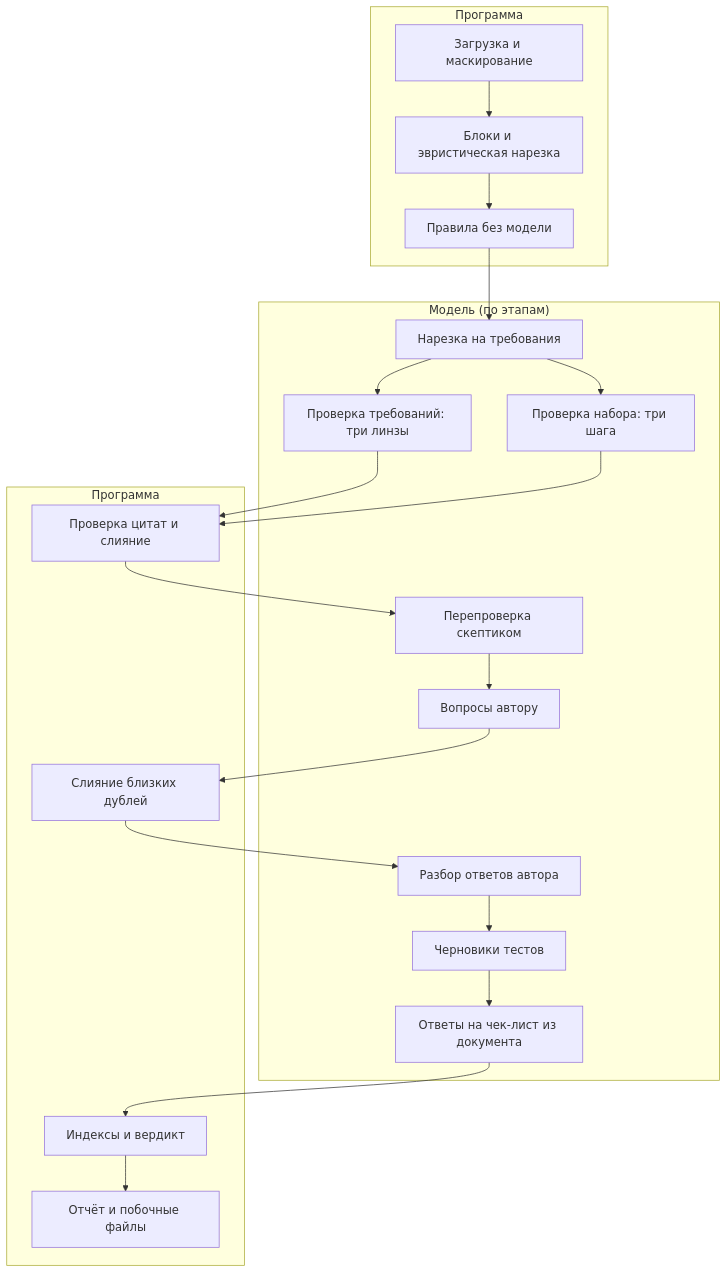
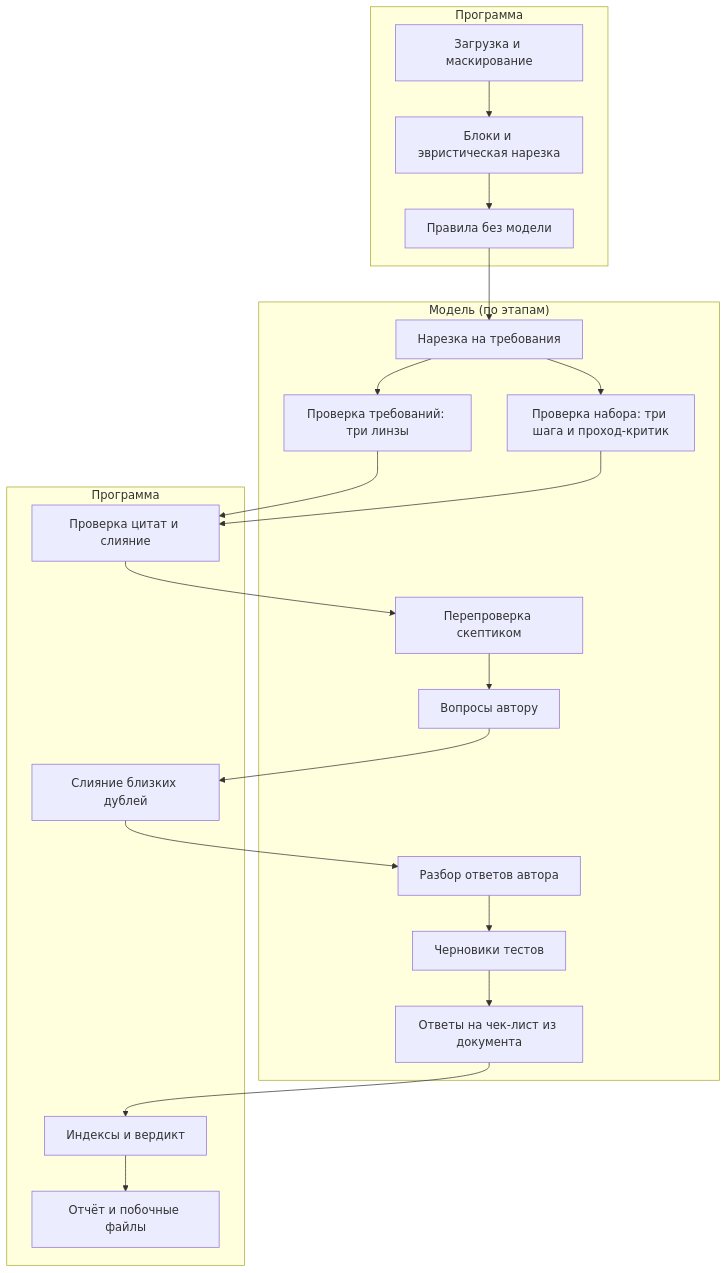
Before and after one commit to Artmaster5/revizor-tz: the first of 4 diagrams in docs/ARCHITECTURE.md, drawn with Mermaid. The commit also changed other lines of this file and 164 other files, not shown here.

````diff
--- a/docs/ARCHITECTURE.md
+++ b/docs/ARCHITECTURE.md
@@ -34,30 +38,30 @@
 ```mermaid
 flowchart TD
     subgraph code1 ["Программа"]
         L["Загрузка и маскирование"] --> S["Блоки и эвристическая нарезка"]
         S --> RU["Правила без модели"]
     end
     subgraph model1 ["Модель (по этапам)"]
         SL["Нарезка на требования"]
         RV["Проверка требований: три линзы"]
-        ST["Проверка набора: три шага"]
+        ST["Проверка набора: три шага и проход-критик"]
         SK["Перепроверка скептиком"]
         QU["Вопросы автору"]
         AN["Разбор ответов автора"]
         TE["Черновики тестов"]
         CL["Ответы на чек-лист из документа"]
     end
     subgraph code2 ["Программа"]
         QC["Проверка цитат и слияние"]
         DU["Слияние близких дублей"]
         IX["Индексы и вердикт"]
         RP["Отчёт и побочные файлы"]
     end
     RU --> SL
     SL --> RV
     SL --> ST
     RV --> QC
     ST --> QC
     QC --> SK --> QU --> DU
     DU --> AN --> TE --> CL --> IX --> RP
 ```
````
